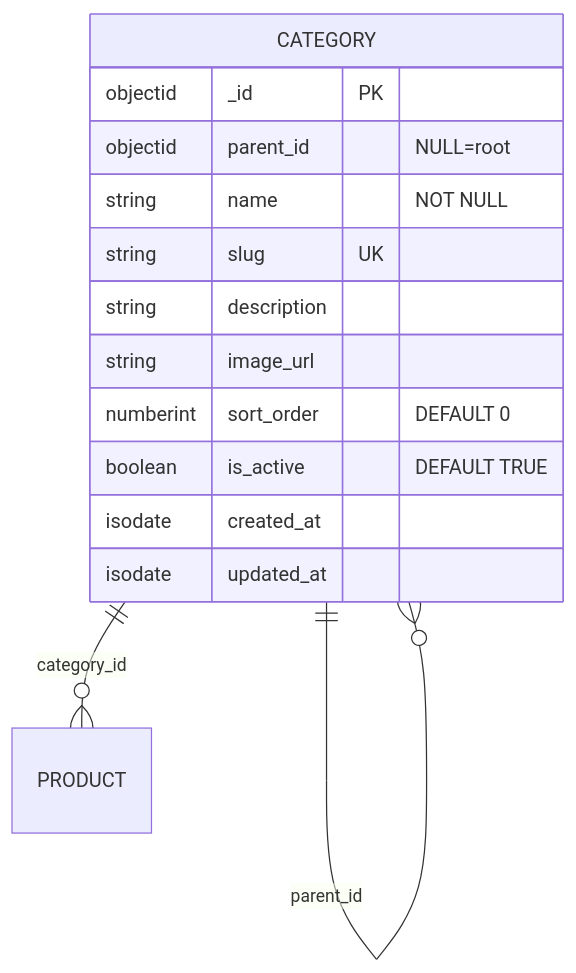
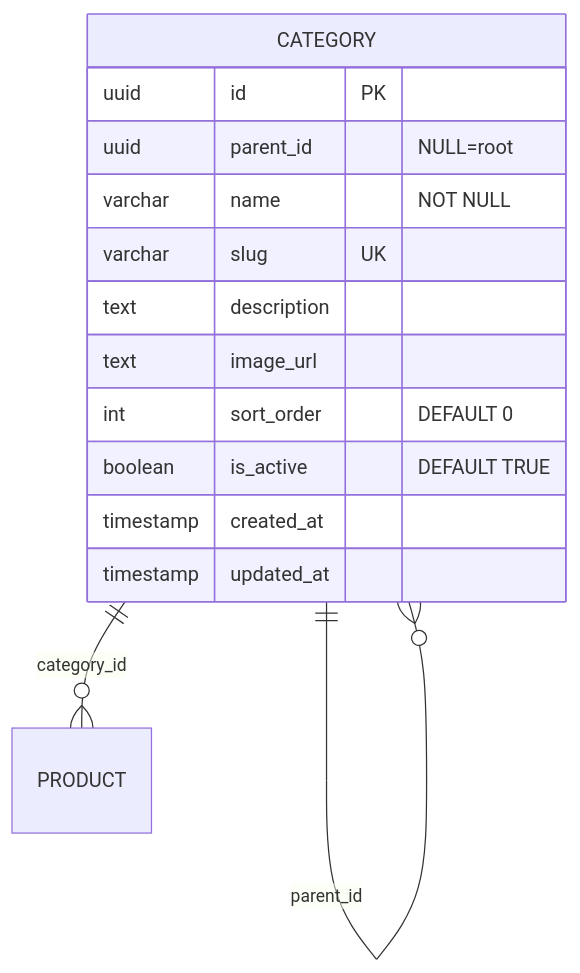
The diagram in documents/data-models/product-service/entity-category.md (ldqanh1408/stealing-from-paradise), drawn with Mermaid before and after one commit. The commit also changed other lines of this file and 128 other files, not shown here.

````diff
--- a/documents/data-models/product-service/entity-category.md
+++ b/documents/data-models/product-service/entity-category.md
@@ -12,17 +12,17 @@
 ```mermaid
 erDiagram
     CATEGORY {
-        objectid _id PK
-        objectid parent_id "NULL=root"
-        string name "NOT NULL"
-        string slug UK
-        string description
-        string image_url
-        numberint sort_order "DEFAULT 0"
+        uuid id PK
+        uuid parent_id "NULL=root"
+        varchar name "NOT NULL"
+        varchar slug UK
+        text description
+        text image_url
+        int sort_order "DEFAULT 0"
         boolean is_active "DEFAULT TRUE"
-        isodate created_at
-        isodate updated_at
+        timestamp created_at
+        timestamp updated_at
     }
     CATEGORY ||--o{ CATEGORY : "parent_id"
     CATEGORY ||--o{ PRODUCT : "category_id"
 ```
````
